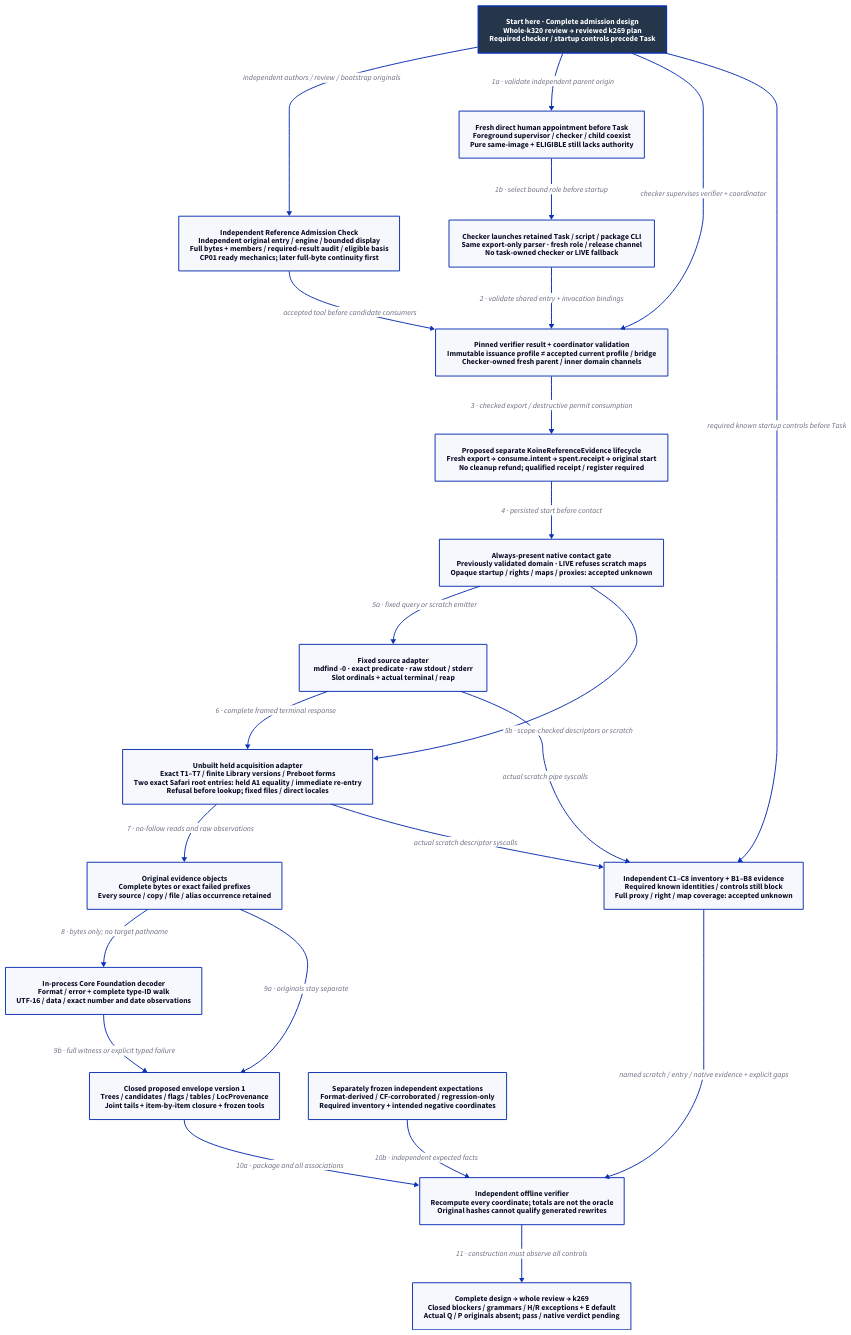
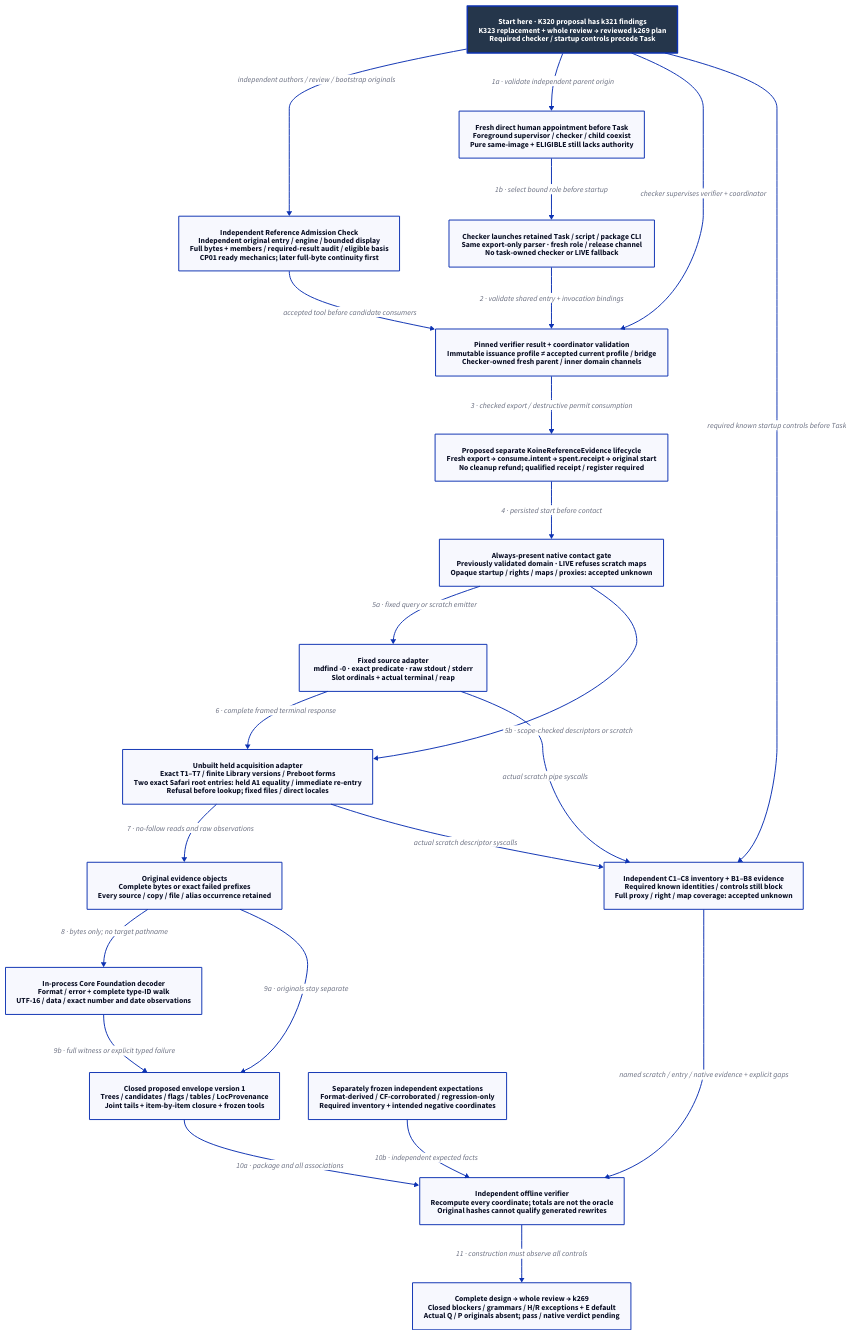
Before and after one commit to Linkuistics/Koine: the diagram in docs/design/architecture/native-reference-instrument.d2, drawn with D2. The commit also changed 48 other files, not shown here.

Commit message:
Integrate practical admission review and place its complete repair (reference-evidence-practical-admission-k322)

```diff
--- a/docs/design/architecture/native-reference-instrument.d2
+++ b/docs/design/architecture/native-reference-instrument.d2
@@ -1,43 +1,43 @@
 # Proposed evidence-tool components; none is implemented or qualified by this design.
 direction: down
 classes: {
   start: {style: {fill: "#25364B"; font-color: "#FFFFFF"; bold: true; stroke-width: 3}}
 }
-Start: "Start here · Complete admission design\nWhole-k320 review → reviewed k269 plan\nRequired checker / startup controls precede Task" {class: start}
+Start: "Start here · K320 proposal has k321 findings\nK323 replacement + whole review → reviewed k269 plan\nRequired checker / startup controls precede Task" {class: start}
 Role: "Fresh direct human appointment before Task\nForeground supervisor / checker / child coexist\nPure same-image + ELIGIBLE still lacks authority"
 Task: "Checker launches retained Task / script / package CLI\nSame export-only parser · fresh role / release channel\nNo task-owned checker or LIVE fallback"
 Admission: "Pinned verifier result + coordinator validation\nImmutable issuance profile ≠ accepted current profile / bridge\nChecker-owned fresh parent / inner domain channels"
 Authority: "Proposed separate KoineReferenceEvidence lifecycle\nFresh export → consume.intent → spent.receipt → original start\nNo cleanup refund; qualified receipt / register required"
 Gate: "Always-present native contact gate\nPreviously validated domain · LIVE refuses scratch maps\nOpaque startup / rights / maps / proxies: accepted unknown"
 Source: "Fixed source adapter\nmdfind -0 · exact predicate · raw stdout / stderr\nSlot ordinals + actual terminal / reap"
 Held: "Unbuilt held acquisition adapter\nExact T1–T7 / finite Library versions / Preboot forms\nTwo exact Safari root entries: held A1 equality / immediate re-entry\nRefusal before lookup; fixed files / direct locales"
 Objects: "Original evidence objects\nComplete bytes or exact failed prefixes\nEvery source / copy / file / alias occurrence retained"
 Decoder: "In-process Core Foundation decoder\nFormat / error + complete type-ID walk\nUTF-16 / data / exact number and date observations"
 Envelope: "Closed proposed envelope version 1\nTrees / candidates / flags / tables / LocProvenance\nJoint tails + item-by-item closure + frozen tools"
 Oracle: "Separately frozen independent expectations\nFormat-derived / CF-corroborated / regression-only\nRequired inventory + intended negative coordinates"
 Observer: "Independent C1–C8 inventory + B1–B8 evidence\nRequired known identities / controls still block\nFull proxy / right / map coverage: accepted unknown"
 Verifier: "Independent offline verifier\nRecompute every coordinate; totals are not the oracle\nOriginal hashes cannot qualify generated rewrites"
 Boundary: "Complete design → whole review → k269\nClosed blockers / grammars / H/R exceptions + E default\nActual Q / P originals absent; pass / native verdict pending"
 Compare: "Independent Reference Admission Check\nIndependent original entry / engine / bounded display\nFull bytes + members / required-result audit / eligible basis\nCP01 ready mechanics; later full-byte continuity first"
 Compare -> Admission: "accepted tool before candidate consumers"
 Start -> Compare: "independent authors / review / bootstrap originals"
 Start -> Role: "1a · validate independent parent origin"
 Role -> Task: "1b · select bound role before startup"
 Start -> Admission: "checker supervises verifier + coordinator"
 Start -> Observer: "required known startup controls before Task"
 Task -> Admission: "2 · validate shared entry + invocation bindings"
 Admission -> Authority: "3 · checked export / destructive permit consumption"
 Authority -> Gate: "4 · persisted start before contact"
 Gate -> Source: "5a · fixed query or scratch emitter"
 Gate -> Held: "5b · scope-checked descriptors or scratch"
 Source -> Held: "6 · complete framed terminal response"
 Held -> Objects: "7 · no-follow reads and raw observations"
 Objects -> Decoder: "8 · bytes only; no target pathname"
 Objects -> Envelope: "9a · originals stay separate"
 Decoder -> Envelope: "9b · full witness or explicit typed failure"
 Envelope -> Verifier: "10a · package and all associations"
 Oracle -> Verifier: "10b · independent expected facts"
 Source -> Observer: "actual scratch pipe syscalls"
 Held -> Observer: "actual scratch descriptor syscalls"
 Observer -> Verifier: "named scratch / entry / native evidence + explicit gaps"
 Verifier -> Boundary: "11 · construction must observe all controls"
```
